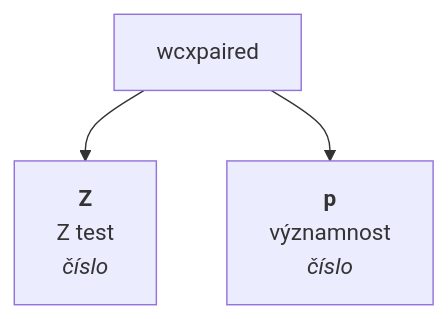
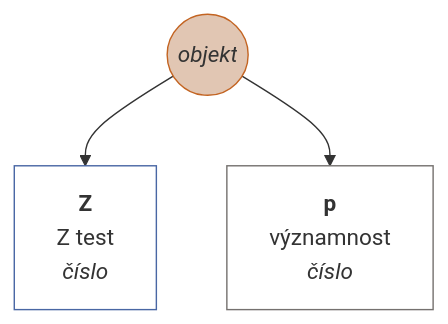
Diagram 11 of 13 in docs/cs-CZ/matrix.md (muzikp/retusa), drawn with Mermaid before and after one commit. The commit also changed other lines of this file and 17 other files, not shown here.

````diff
--- a/docs/cs-CZ/matrix.md
+++ b/docs/cs-CZ/matrix.md
@@ -537,6 +616,13 @@
 ```mermaid
 graph TD
+wcxpaired((<i>objekt</i>))
+style wcxpaired fill:#E1C6B3;
+style wcxpaired stroke:#C36422;
 wcxpaired --> Z[<b>Z</b><br>Z test <br><i>číslo</i>]
+style Z fill:#FFFFFF;
+style Z stroke:#4967A4;
 wcxpaired --> p[<b>p</b><br>významnost <br><i>číslo</i>]
+style p fill:#FFFFFF;
+style p stroke:#75716F;
 
 ```
````
